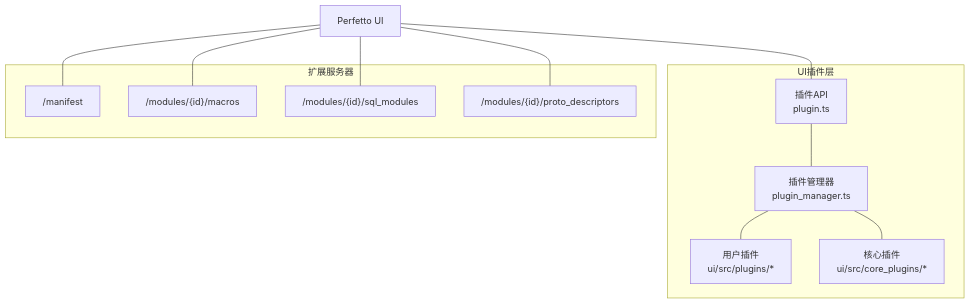
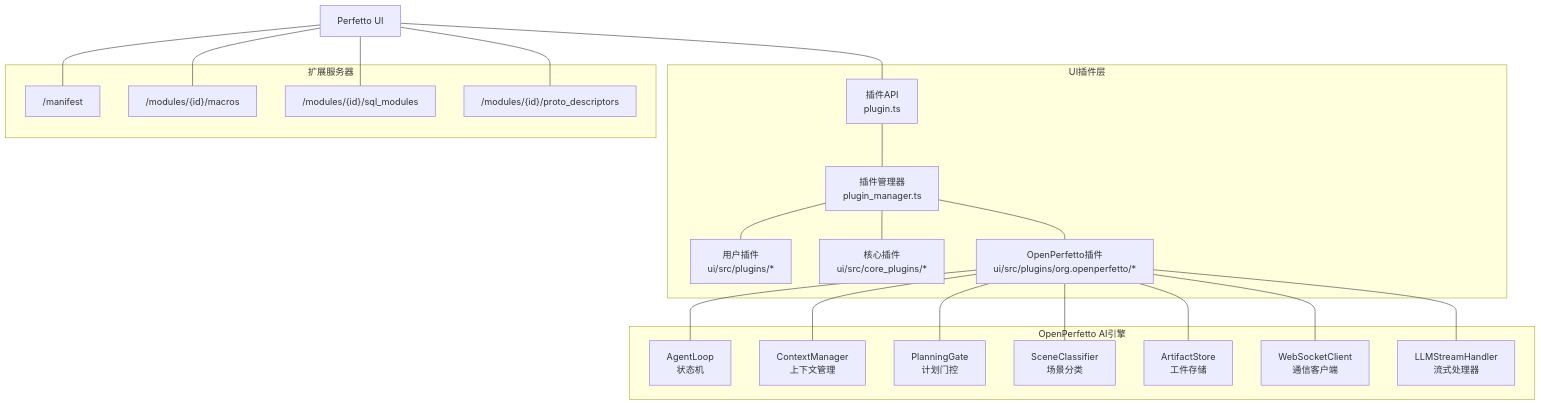
One commit to TracerQi/openperfetto changed the first of 8 diagrams in .qoder/repowiki/zh/content/Web界面和可视化/UI插件系统.md. Above: the diagram before and after it, drawn with Mermaid. The commit also changed other lines of this file and 706 other files, not shown here.

Commit message:
[OpenPerfetto][03]{Front-end and back-end implementations,Unit Testing}

````diff
--- a/.qoder/repowiki/zh/content/Web界面和可视化/UI插件系统.md
+++ b/.qoder/repowiki/zh/content/Web界面和可视化/UI插件系统.md
@@ -36,23 +68,41 @@
 ```mermaid
 graph TB
 subgraph "UI插件层"
 API["插件API<br/>plugin.ts"]
 PM["插件管理器<br/>plugin_manager.ts"]
 PLG["用户插件<br/>ui/src/plugins/*"]
 CORE["核心插件<br/>ui/src/core_plugins/*"]
+OP["OpenPerfetto插件<br/>ui/src/plugins/org.openperfetto/*"]
 end
 subgraph "扩展服务器"
 MAN["/manifest"]
 MAC["/modules/{id}/macros"]
 SQL["/modules/{id}/sql_modules"]
 PBD["/modules/{id}/proto_descriptors"]
 end
+subgraph "OpenPerfetto AI引擎"
+AL["AgentLoop<br/>状态机"]
+CM["ContextManager<br/>上下文管理"]
+PG["PlanningGate<br/>计划门控"]
+SC["SceneClassifier<br/>场景分类"]
+AS["ArtifactStore<br/>工件存储"]
+WS["WebSocketClient<br/>通信客户端"]
+LSH["LLMStreamHandler<br/>流式处理器"]
+end
 UI["Perfetto UI"] --- API
 API --- PM
 PM --- PLG
 PM --- CORE
+PM --- OP
+OP --- AL
+OP --- CM
+OP --- PG
+OP --- SC
+OP --- AS
+OP --- WS
+OP --- LSH
 UI --- MAN
 UI --- MAC
 UI --- SQL
 UI --- PBD
 ```
````
